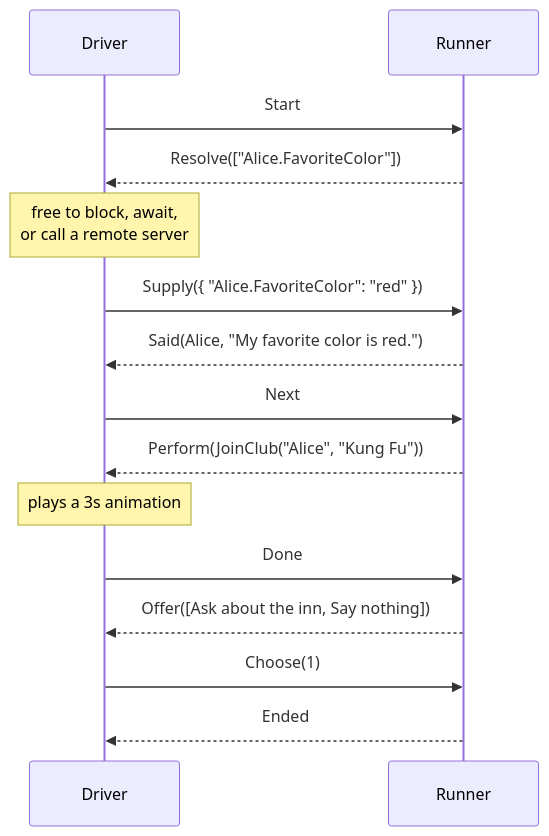
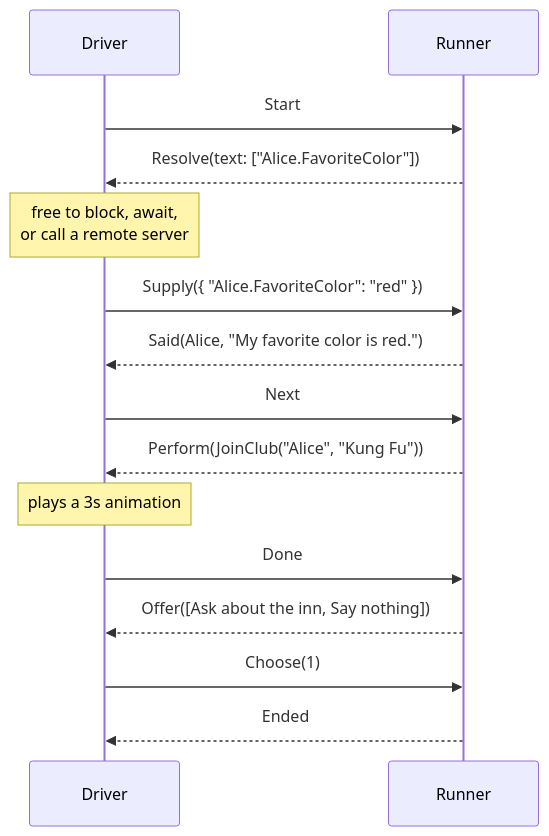
One commit to pengzhengyi/dialoguedown changed the second of 3 diagrams in docs/contributing/design-notes/runtime/Dialogue Runtime Architecture.md. Above: the diagram before and after it, drawn with Mermaid. The commit also changed other lines of this file and 49 other files, not shown here.

````diff
--- a/docs/contributing/design-notes/runtime/Dialogue Runtime Architecture.md
+++ b/docs/contributing/design-notes/runtime/Dialogue Runtime Architecture.md
@@ -248,17 +248,17 @@
 ```mermaid
 sequenceDiagram
     participant D as Driver
     participant R as Runner
     D->>R: Start
-    R-->>D: Resolve(["Alice.FavoriteColor"])
+    R-->>D: Resolve(text: ["Alice.FavoriteColor"])
     Note over D: free to block, await,<br/>or call a remote server
     D->>R: Supply({ "Alice.FavoriteColor": "red" })
     R-->>D: Said(Alice, "My favorite color is red.")
     D->>R: Next
     R-->>D: Perform(JoinClub("Alice", "Kung Fu"))
     Note over D: plays a 3s animation
     D->>R: Done
     R-->>D: Offer([Ask about the inn, Say nothing])
     D->>R: Choose(1)
     R-->>D: Ended
 ```
````
